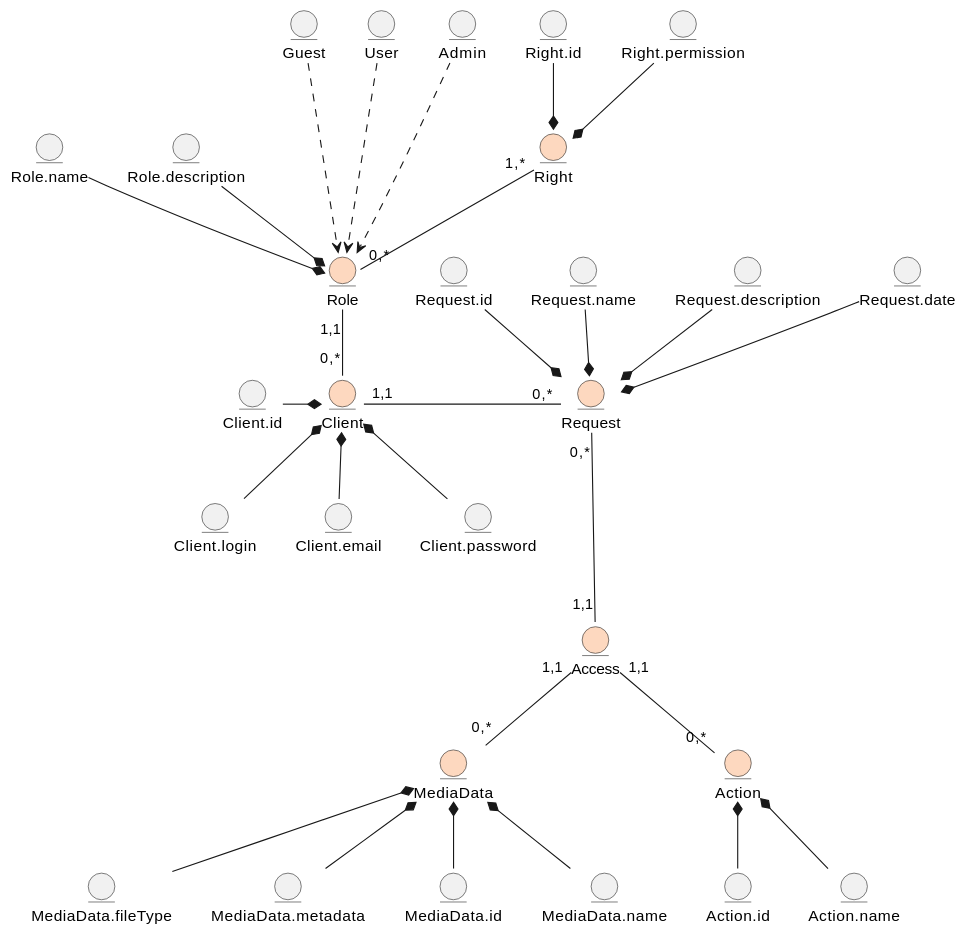
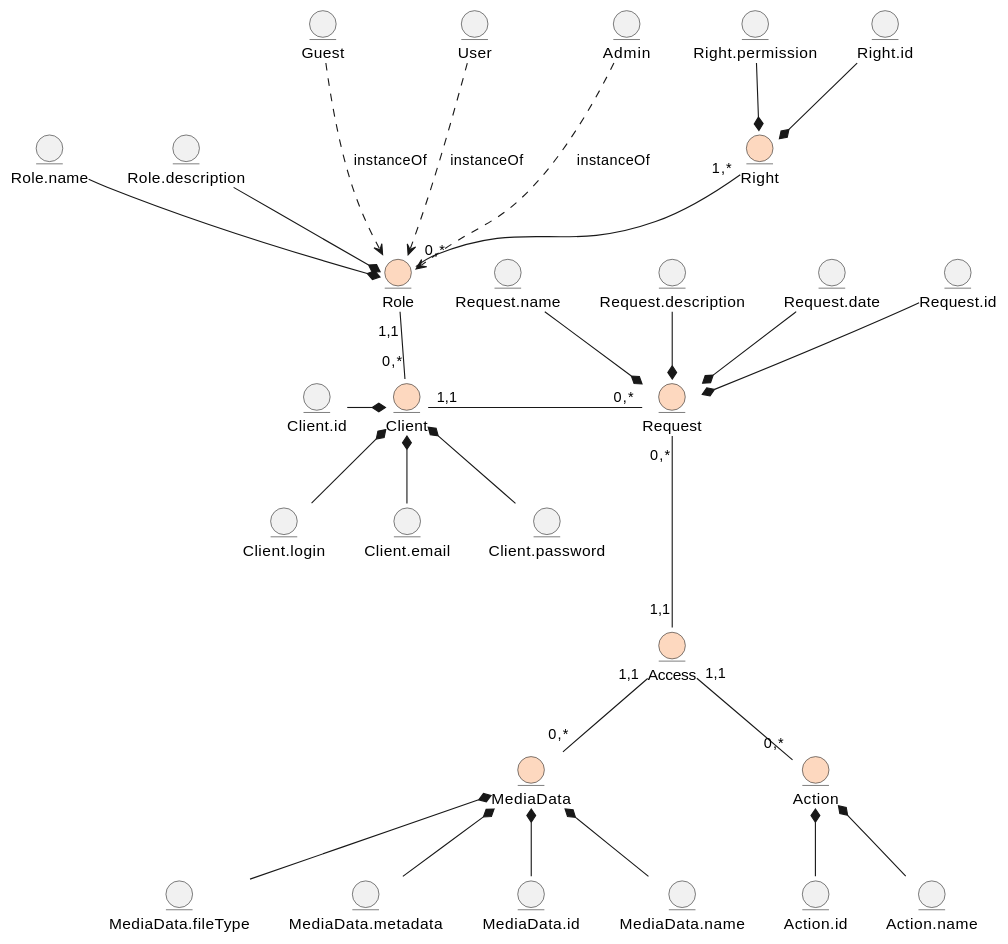
One commit to nonGratis/retarder-io-23-3 changed the first of 2 diagrams in docs/design/README.md. Above: the diagram before and after it, drawn with PlantUML.

Commit message:
add object for Role class in BO UML

````diff
--- a/docs/design/README.md
+++ b/docs/design/README.md
@@ -5,76 +5,76 @@
 ```plantuml
 @startuml
 
 entity Client #fdd8bf
   entity Client.id
   entity Client.login
   entity Client.email
   entity Client.password
 
   Client.id -r-* Client
   Client.login -u-* Client
   Client.email -u-* Client
   Client.password -u-* Client
 
 entity Role #fdd8bf
   entity Role.name
   entity Role.description
 
   Role.name --* Role
   Role.description --* Role
 
   entity Guest
   entity User
   entity Admin
 
-  Guest ...> Role
-  User ...> Role
-  Admin ...> Role
+  Guest ...> Role : instanceOf
+  User ...> Role : instanceOf
+  Admin ...> Role : instanceOf
 
 entity Right #fdd8bf
   entity Right.id
   entity Right.permission
 
   Right.id --* Right
   Right.permission --* Right
 
 entity Request #fdd8bf
   entity Request.id
   entity Request.name
   entity Request.description
   entity Request.date
  
   Request.id --* Request
   Request.name --* Request
   Request.description --* Request
   Request.date --* Request
 
 entity Access #fdd8bf
 
 entity Action #fdd8bf
   entity Action.id
   entity Action.name
 
   Action.id -u-* Action
   Action.name -u-* Action
 
 entity MediaData #fdd8bf
   entity MediaData.id
   entity MediaData.name
   entity MediaData.fileType
   entity MediaData.metadata
 
   MediaData.id -u-* MediaData
   MediaData.name -u-* MediaData
   MediaData.fileType -u-* MediaData
   MediaData.metadata -u-* MediaData
 
 Right "1,*"--"0,*" Role
 Role "1,1"--"0,*" Client
 Client "1,1"-r-"0,*" Request
 Request "0,*"---"1,1" Access
 Access "1,1"--"0,*" Action
 Access "1,1"--"0,*" MediaData
 
 @enduml
 ```
````
